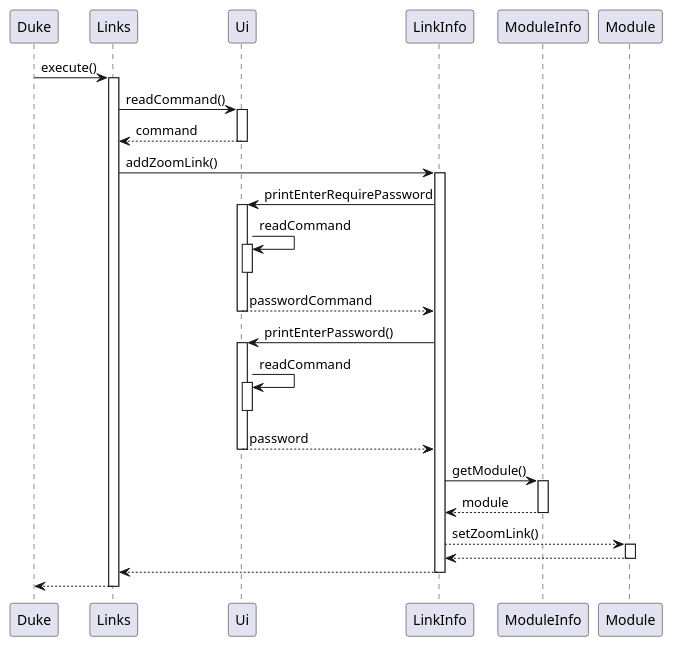
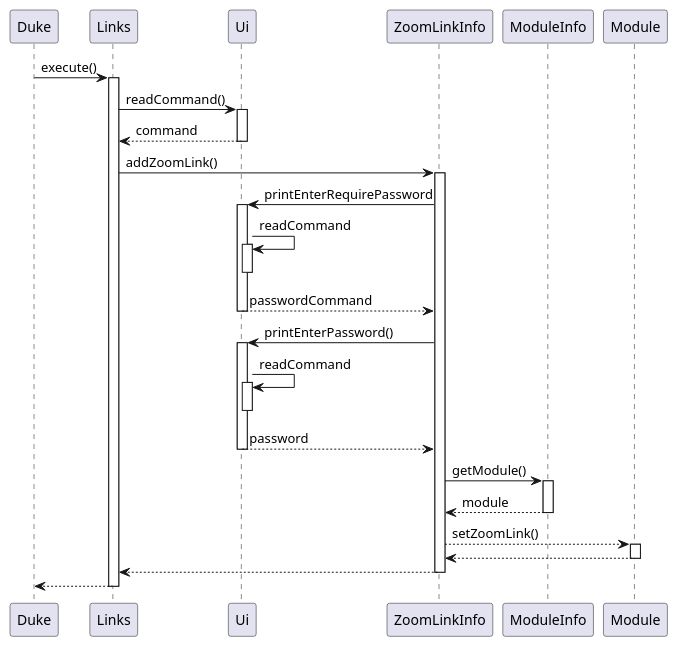
The diagram in docs/diagrams/addZoomLink.puml (nus-cs2113-AY2021S2/tp), drawn with PlantUML before and after one commit. The commit also changed 2 other files, not shown here.

Commit message:
add explanation zoom links part for DG

```diff
--- a/docs/diagrams/addZoomLink.puml
+++ b/docs/diagrams/addZoomLink.puml
@@ -1,37 +1,37 @@
 @startuml
 participant Duke
 Duke -> Links : execute()
 activate Links
 Links -> Ui : readCommand()
 activate Ui
 Ui --> Links : command
 deactivate Ui
-Links -> LinkInfo : addZoomLink()
-activate LinkInfo
-LinkInfo -> Ui : printEnterRequirePassword
+Links -> ZoomLinkInfo : addZoomLink()
+activate ZoomLinkInfo
+ZoomLinkInfo -> Ui : printEnterRequirePassword
 activate Ui
 Ui -> Ui : readCommand
 activate Ui
 deactivate Ui
-Ui --> LinkInfo :  passwordCommand
+Ui --> ZoomLinkInfo :  passwordCommand
 deactivate Ui
-LinkInfo -> Ui : printEnterPassword()
+ZoomLinkInfo -> Ui : printEnterPassword()
 activate Ui
 Ui -> Ui : readCommand
 activate Ui
 deactivate Ui
-Ui --> LinkInfo : password
+Ui --> ZoomLinkInfo : password
 deactivate Ui
-LinkInfo -> ModuleInfo : getModule()
+ZoomLinkInfo -> ModuleInfo : getModule()
 activate ModuleInfo
-ModuleInfo --> LinkInfo : module
+ModuleInfo --> ZoomLinkInfo : module
 deactivate ModuleInfo
-LinkInfo --> Module : setZoomLink()
+ZoomLinkInfo --> Module : setZoomLink()
 activate Module
-Module --> LinkInfo
+Module --> ZoomLinkInfo
 deactivate Module
-LinkInfo --> Links
-deactivate LinkInfo
+ZoomLinkInfo --> Links
+deactivate ZoomLinkInfo
 
 return
 @enduml
```
